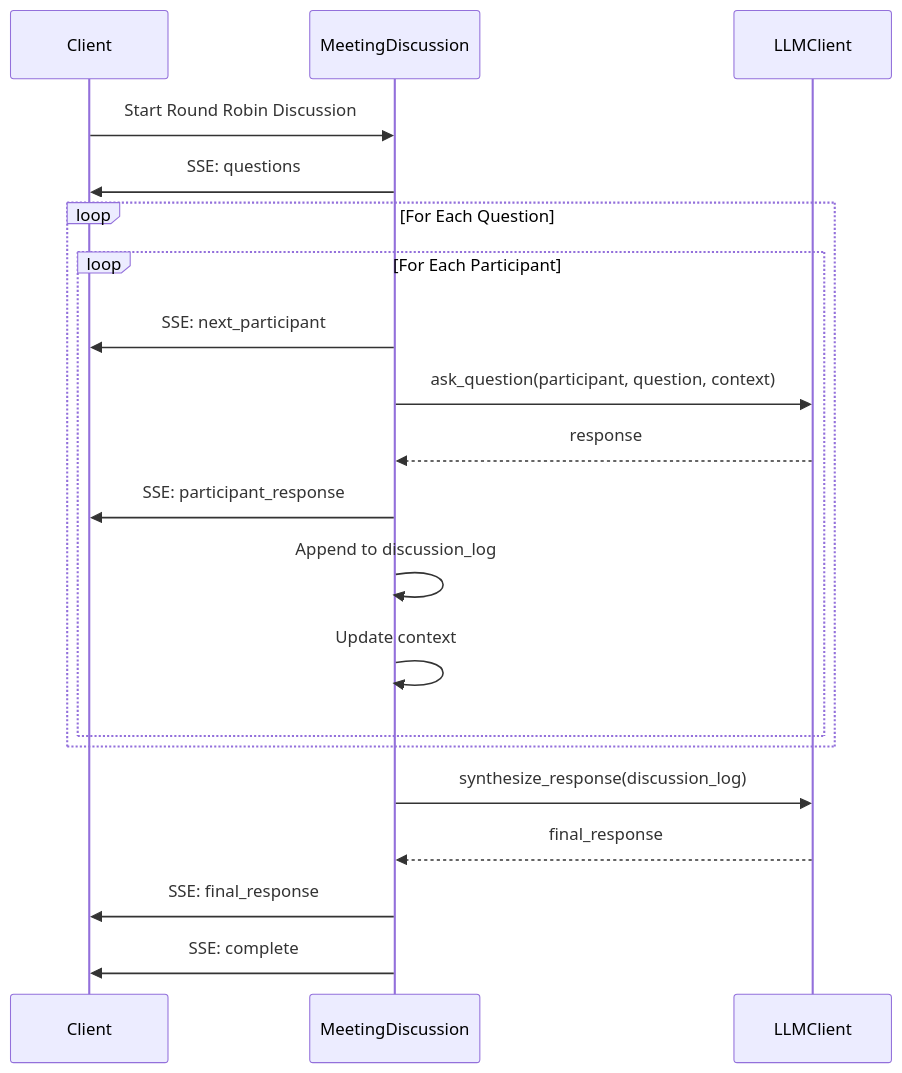
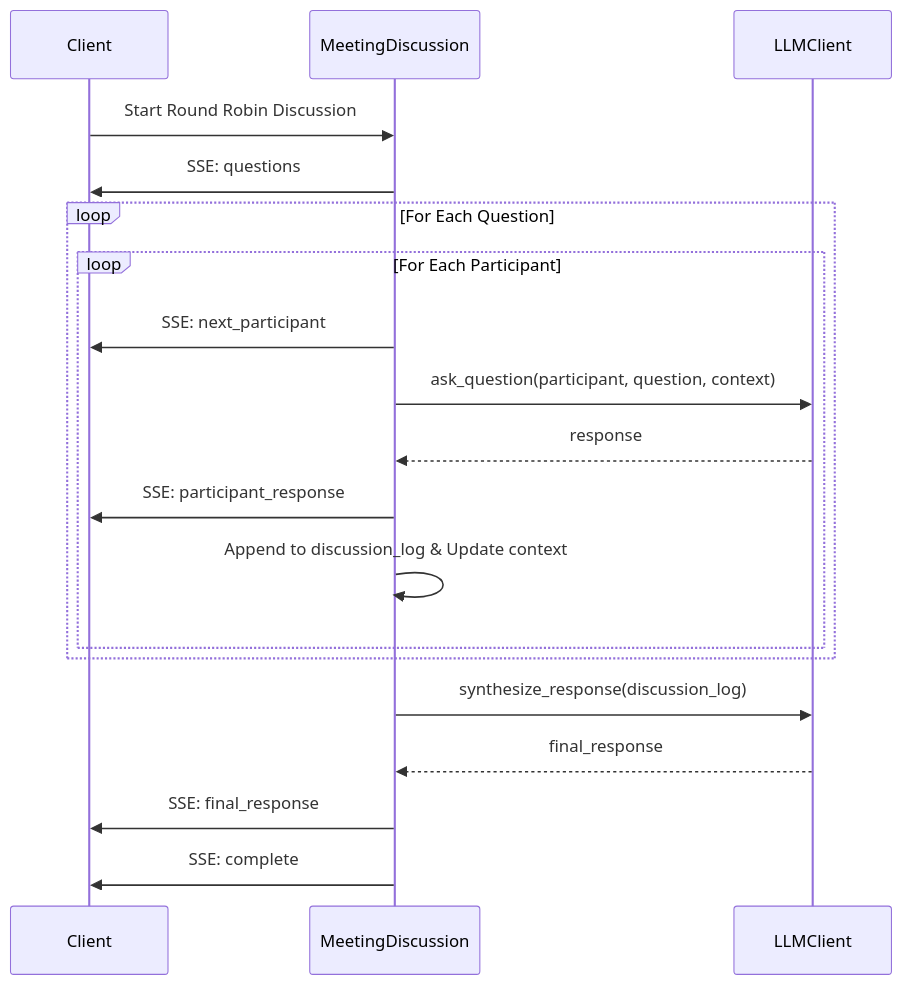
Before and after one commit to hybridtechie/roundtable-ai: the first of 2 diagrams in README.md, drawn with Mermaid. The commit also changed other lines of this file, not shown here.

````diff
--- a/README.md
+++ b/README.md
@@ -27,24 +127,22 @@
 ```mermaid
-
 sequenceDiagram
     participant C as Client
     participant D as MeetingDiscussion
     participant L as LLMClient
 
     C->>D: Start Round Robin Discussion
     D->>C: SSE: questions
     loop For Each Question
         loop For Each Participant
             D->>C: SSE: next_participant
             D->>L: ask_question(participant, question, context)
             L-->>D: response
             D->>C: SSE: participant_response
-            D->>D: Append to discussion_log
-            D->>D: Update context
+            D->>D: Append to discussion_log & Update context
         end
     end
     D->>L: synthesize_response(discussion_log)
     L-->>D: final_response
     D->>C: SSE: final_response
     D->>C: SSE: complete
 ```
````
